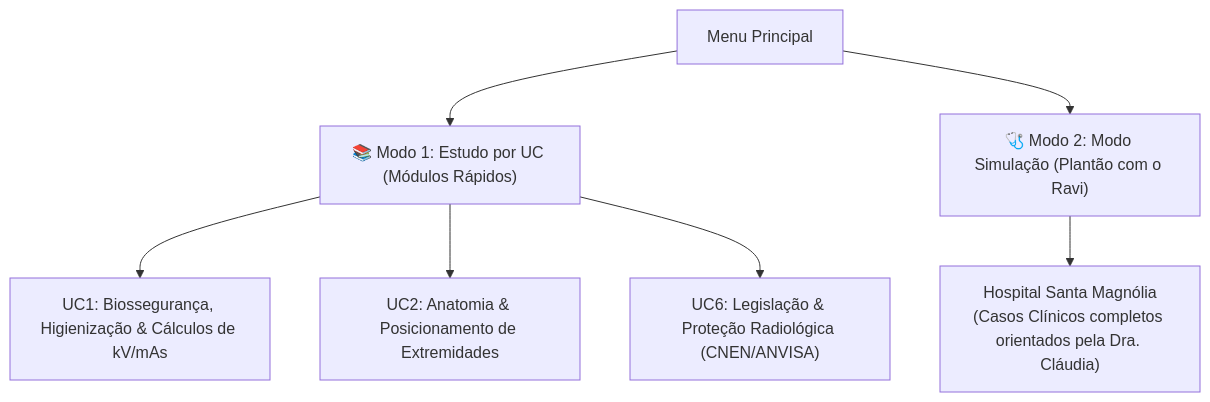
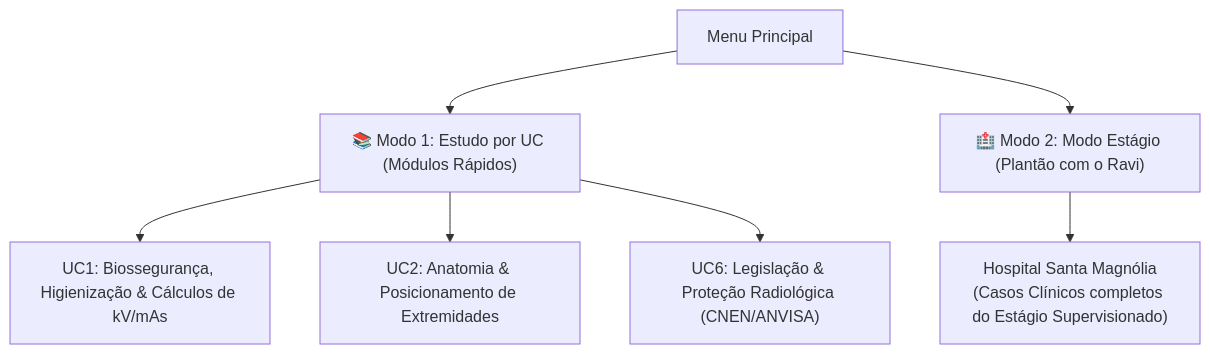
Before and after one commit to HenriqueFreire/plantao-de-raios-x: the diagram in README.md, drawn with Mermaid. The commit also changed other lines of this file and 4 other files, not shown here.

Commit message:
feat(menu): renomear modo simulacao para modo estagio e reordenar opcoes

````diff
--- a/README.md
+++ b/README.md
@@ -12,11 +12,11 @@
 ```mermaid
 flowchart TD
     Menu["Menu Principal"] --> M1["📚 Modo 1: Estudo por UC (Módulos Rápidos)"]
-    Menu --> M2["🩺 Modo 2: Modo Simulação (Plantão com o Ravi)"]
+    Menu --> M2["🏥 Modo 2: Modo Estágio (Plantão com o Ravi)"]
 
     M1 --> UC1["UC1: Biossegurança, Higienização & Cálculos de kV/mAs"]
     M1 --> UC2["UC2: Anatomia & Posicionamento de Extremidades"]
     M1 --> UC6["UC6: Legislação & Proteção Radiológica (CNEN/ANVISA)"]
 
-    M2 --> Historia["Hospital Santa Magnólia\n(Casos Clínicos completos orientados pela Dra. Cláudia)"]
+    M2 --> Historia["Hospital Santa Magnólia\n(Casos Clínicos completos do Estágio Supervisionado)"]
 ```
````
